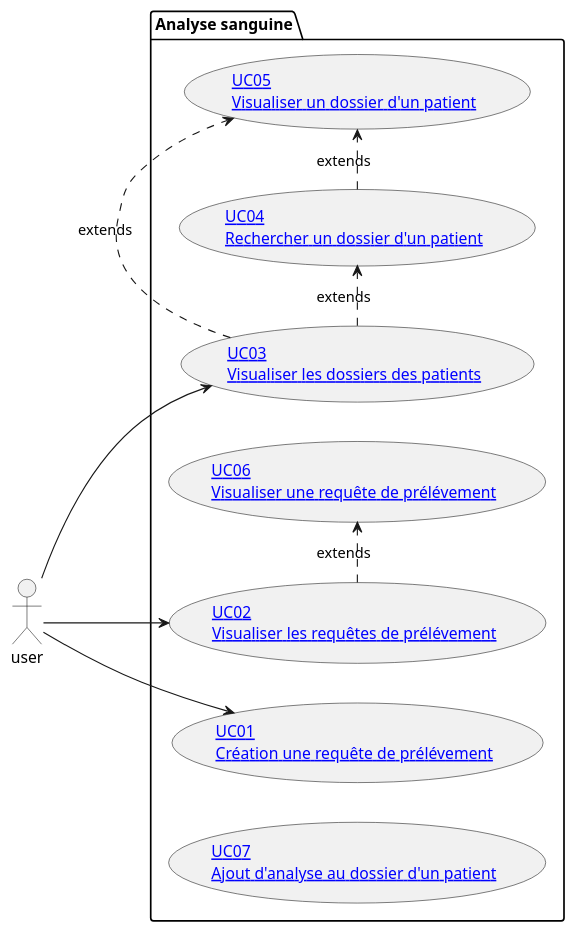
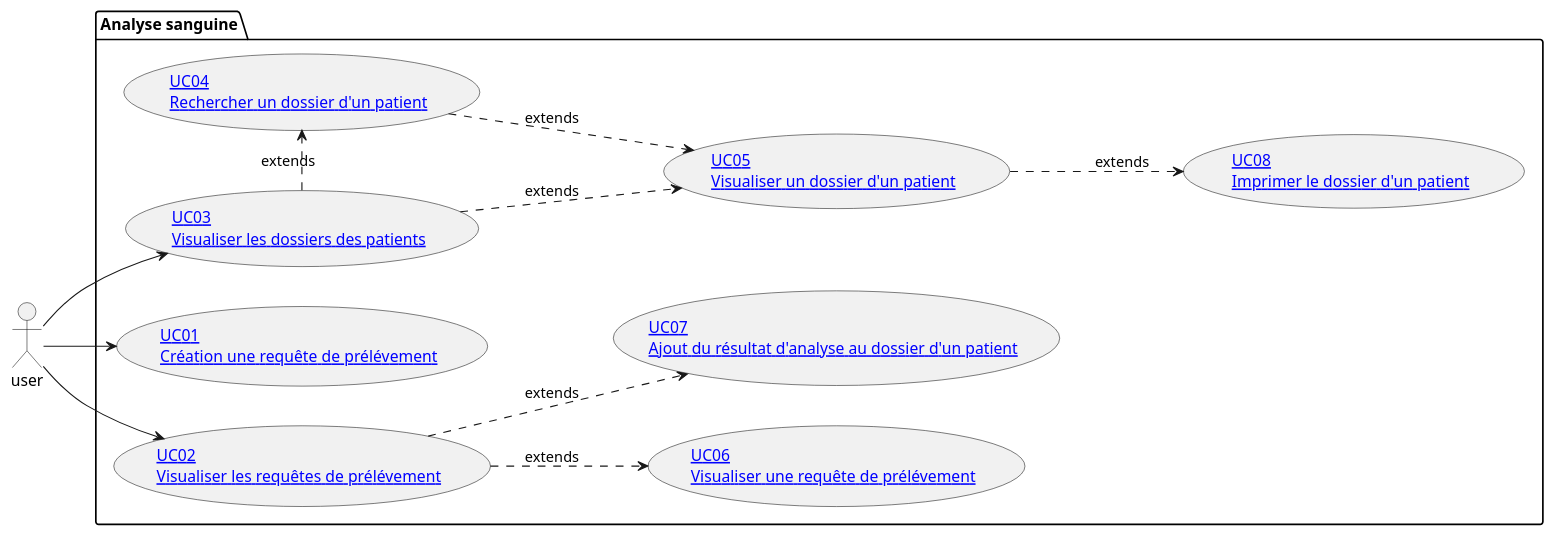
One commit to MainKarl/Rooftop changed the diagram in Docs/Analyse_Sanguine/1_Analyse/UsesCases/index.md. Above: the diagram before and after it, drawn with PlantUML. The commit also changed 8 other files, not shown here.

````diff
--- a/Docs/Analyse_Sanguine/1_Analyse/UsesCases/index.md
+++ b/Docs/Analyse_Sanguine/1_Analyse/UsesCases/index.md
@@ -3,31 +3,34 @@
 ```plantuml
 @startuml
 left to right direction
 actor user as user
 
 package "Analyse sanguine"{
     usecase ([[#!UseCases/UC01.md UC01\nCréation une requête de prélévement]]) as UC01
 
     usecase ([[#!UseCases/UC02.md UC02\nVisualiser les requêtes de prélévement]]) as UC02
 
     usecase ([[#!UseCases/UC03.md UC03\nVisualiser les dossiers des patients]]) as UC03
 
     usecase ([[#!UseCases/UC04.md UC04\nRechercher un dossier d'un patient]]) as UC04
 
     usecase ([[#!UseCases/UC05.md UC05\nVisualiser un dossier d'un patient]]) as UC05
 
     usecase ([[#!UseCases/UC06.md UC06\nVisualiser une requête de prélévement]]) as UC06
 
-    usecase ([[#!UseCases/UC07.md UC07\nAjout d'analyse au dossier d'un patient]]) as UC07
+    usecase ([[#!UseCases/UC07.md UC07\nAjout du résultat d'analyse au dossier d'un patient]]) as UC07
+
+    usecase ([[#!UseCases/UC08.md UC08\nImprimer le dossier d'un patient]]) as UC08
+
+    UC02 ..> UC06 : extends
+    UC03 .> UC04 : extends
+    UC03 ..> UC05 : extends
+    UC04 ..> UC05 : extends
+    UC05 ..> UC08 : extends
+    UC02 ..> UC07 : extends
 }
 
 user --> UC01
 user --> UC02
 user --> UC03
-
-UC03 .> UC04 : extends
-UC03 .> UC05 : extends
-UC04 .> UC05 : extends
-
-UC02 .> UC06 : extends
 ```
````
